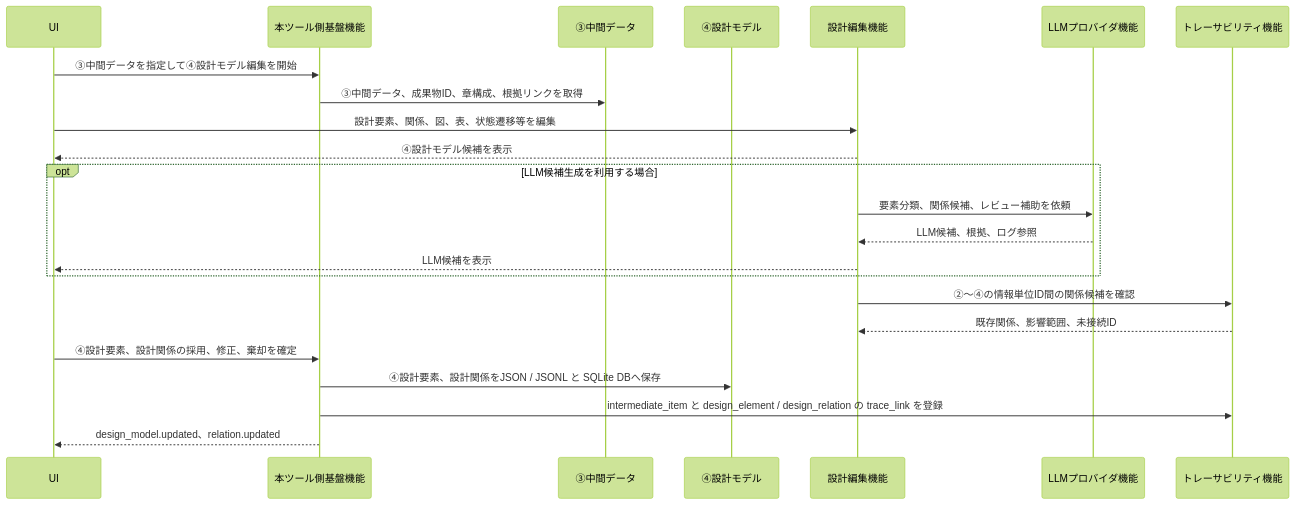
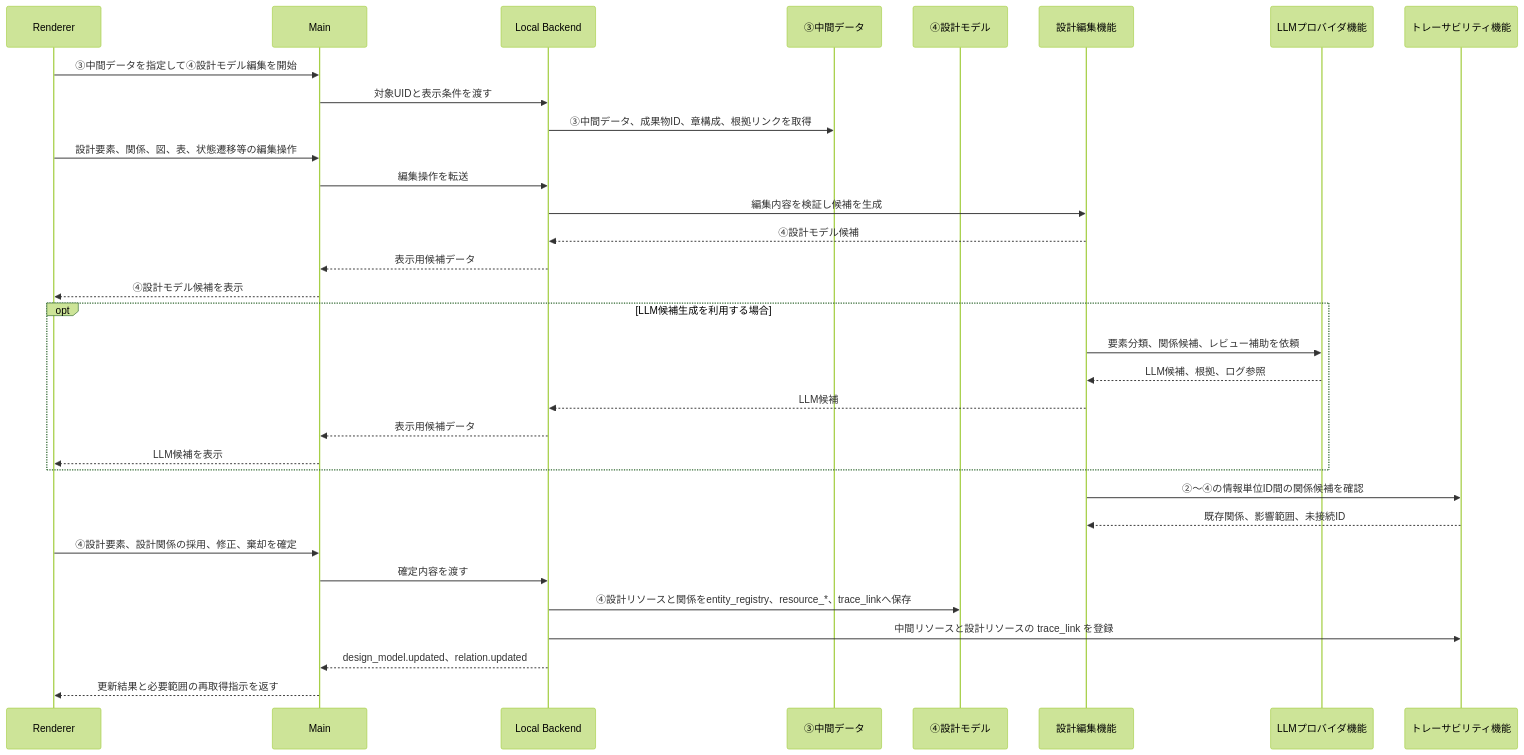
The sixth of 9 diagrams in docs/sdd_function_architecture.md (kfuruichi0920/d2d), drawn with Mermaid (forest theme) before and after one commit. The commit also changed other lines of this file, not shown here.

````diff
--- a/docs/sdd_function_architecture.md
+++ b/docs/sdd_function_architecture.md
@@ -327,26 +360,36 @@
 ```mermaid
 sequenceDiagram
-    participant UI as UI
-    participant Host as 本ツール側基盤機能
+    participant UI as Renderer
+    participant Main as Main
+    participant Host as Local Backend
     participant IntermediateData as ③中間データ
     participant DesignModel as ④設計モデル
     participant DesignEdit as 設計編集機能
     participant LLM as LLMプロバイダ機能
     participant Trace as トレーサビリティ機能
 
-    UI->>Host: ③中間データを指定して④設計モデル編集を開始
+    UI->>Main: ③中間データを指定して④設計モデル編集を開始
+    Main->>Host: 対象UIDと表示条件を渡す
     Host->>IntermediateData: ③中間データ、成果物ID、章構成、根拠リンクを取得
-    UI->>DesignEdit: 設計要素、関係、図、表、状態遷移等を編集
-    DesignEdit-->>UI: ④設計モデル候補を表示
+    UI->>Main: 設計要素、関係、図、表、状態遷移等の編集操作
+    Main->>Host: 編集操作を転送
+    Host->>DesignEdit: 編集内容を検証し候補を生成
+    DesignEdit-->>Host: ④設計モデル候補
+    Host-->>Main: 表示用候補データ
+    Main-->>UI: ④設計モデル候補を表示
     opt LLM候補生成を利用する場合
         DesignEdit->>LLM: 要素分類、関係候補、レビュー補助を依頼
         LLM-->>DesignEdit: LLM候補、根拠、ログ参照
-        DesignEdit-->>UI: LLM候補を表示
+        DesignEdit-->>Host: LLM候補
+        Host-->>Main: 表示用候補データ
+        Main-->>UI: LLM候補を表示
     end
     DesignEdit->>Trace: ②〜④の情報単位ID間の関係候補を確認
     Trace-->>DesignEdit: 既存関係、影響範囲、未接続ID
-    UI->>Host: ④設計要素、設計関係の採用、修正、棄却を確定
-    Host->>DesignModel: ④設計要素、設計関係をJSON / JSONL と SQLite DBへ保存
-    Host->>Trace: intermediate_item と design_element / design_relation の trace_link を登録
-    Host-->>UI: design_model.updated、relation.updated
+    UI->>Main: ④設計要素、設計関係の採用、修正、棄却を確定
+    Main->>Host: 確定内容を渡す
+    Host->>DesignModel: ④設計リソースと関係をentity_registry、resource_*、trace_linkへ保存
+    Host->>Trace: 中間リソースと設計リソースの trace_link を登録
+    Host-->>Main: design_model.updated、relation.updated
+    Main-->>UI: 更新結果と必要範囲の再取得指示を返す
 ```
````
